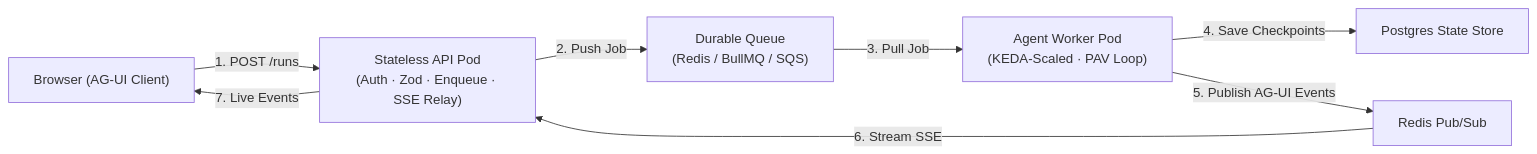
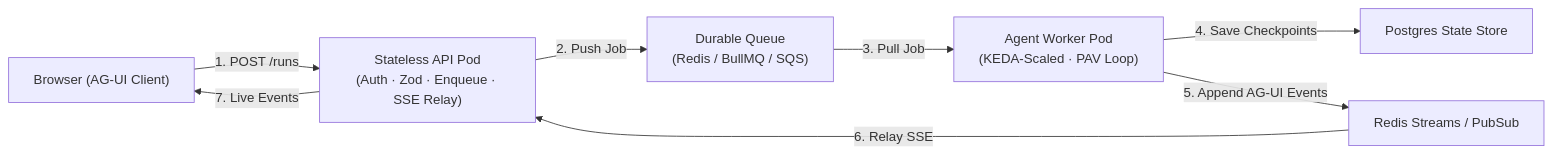
The first of 2 diagrams in Lecture 37 - Agent UIs K8s and KEDA Scaling/notes/04_Stateless_API_Services_vs_Durable_Worker_State.md (Amie-dev/FDE-and-GenAI-Mastery), drawn with Mermaid before and after one commit. The commit also changed other lines of this file and 92 other files, not shown here.

````diff
--- a/Lecture 37 - Agent UIs K8s and KEDA Scaling/notes/04_Stateless_API_Services_vs_Durable_Worker_State.md
+++ b/Lecture 37 - Agent UIs K8s and KEDA Scaling/notes/04_Stateless_API_Services_vs_Durable_Worker_State.md
@@ -26,10 +29,10 @@
 ```mermaid
 flowchart LR
     User["Browser (AG-UI Client)"] -->|"1. POST /runs"| API["Stateless API Pod<br/>(Auth · Zod · Enqueue · SSE Relay)"]
     API -->|"2. Push Job"| Queue["Durable Queue<br/>(Redis / BullMQ / SQS)"]
     Queue -->|"3. Pull Job"| Worker["Agent Worker Pod<br/>(KEDA-Scaled · PAV Loop)"]
     Worker -->|"4. Save Checkpoints"| DB["Postgres State Store"]
-    Worker -->|"5. Publish AG-UI Events"| PubSub["Redis Pub/Sub"]
-    PubSub -->|"6. Stream SSE"| API
+    Worker -->|"5. Append AG-UI Events"| Stream["Redis Streams / PubSub"]
+    Stream -->|"6. Relay SSE"| API
     API -->|"7. Live Events"| User
 ```
````
